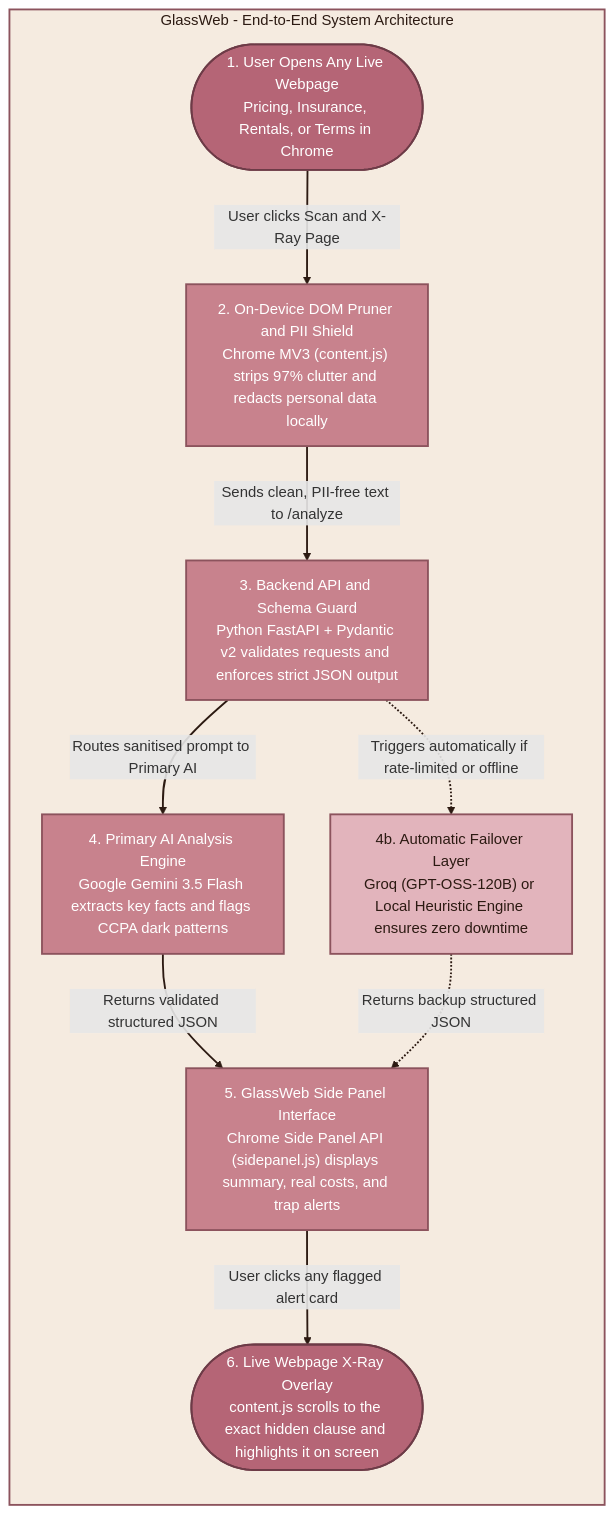
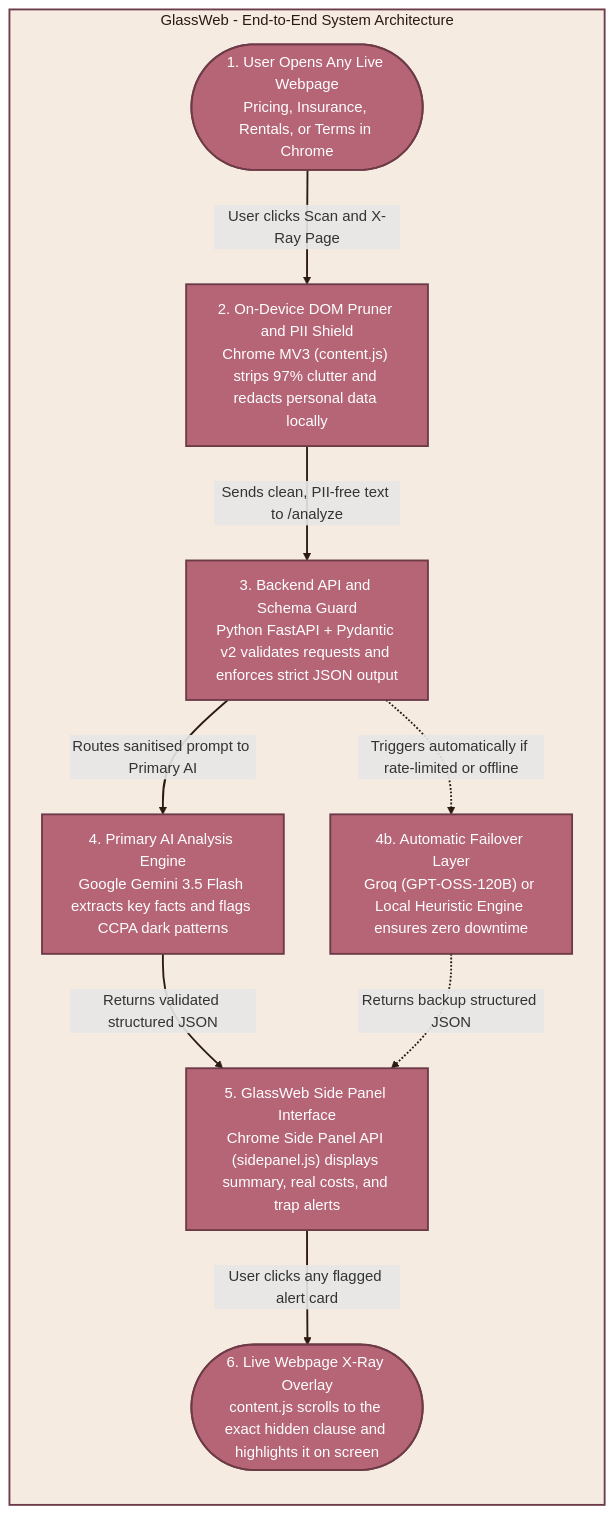
The diagram in README.md (samios07/GlassWeb), drawn with Mermaid before and after one commit.

Commit message:
Use single dusty rose colour for all flowchart nodes

````diff
--- a/README.md
+++ b/README.md
@@ -46,34 +46,34 @@
 ```mermaid
 flowchart TB
     subgraph MAIN["GlassWeb - End-to-End System Architecture"]
         direction TB
 
         A(["1. User Opens Any Live Webpage<br/>Pricing, Insurance, Rentals, or Terms in Chrome"])
         B["2. On-Device DOM Pruner and PII Shield<br/>Chrome MV3 (content.js) strips 97% clutter and redacts personal data locally"]
         C["3. Backend API and Schema Guard<br/>Python FastAPI + Pydantic v2 validates requests and enforces strict JSON output"]
         D["4. Primary AI Analysis Engine<br/>Google Gemini 3.5 Flash extracts key facts and flags CCPA dark patterns"]
         E["4b. Automatic Failover Layer<br/>Groq (GPT-OSS-120B) or Local Heuristic Engine ensures zero downtime"]
         F["5. GlassWeb Side Panel Interface<br/>Chrome Side Panel API (sidepanel.js) displays summary, real costs, and trap alerts"]
         G(["6. Live Webpage X-Ray Overlay<br/>content.js scrolls to the exact hidden clause and highlights it on screen"])
 
         A -->|"User clicks Scan and X-Ray Page"| B
         B -->|"Sends clean, PII-free text to /analyze"| C
         C -->|"Routes sanitised prompt to Primary AI"| D
         C -.->|"Triggers automatically if rate-limited or offline"| E
         D -->|"Returns validated structured JSON"| F
         E -.->|"Returns backup structured JSON"| F
         F -->|"User clicks any flagged alert card"| G
     end
 
-    style MAIN fill:#F5EBE0,stroke:#8C535D,stroke-width:2px,color:#2C1A12
+    style MAIN fill:#F5EBE0,stroke:#6D3B47,stroke-width:2px,color:#2C1A12
 
     style A fill:#B56576,stroke:#6D3B47,stroke-width:2px,color:#FFFFFF
-    style B fill:#C8828D,stroke:#8C535D,stroke-width:2px,color:#FFFFFF
-    style C fill:#C8828D,stroke:#8C535D,stroke-width:2px,color:#FFFFFF
-    style D fill:#C8828D,stroke:#8C535D,stroke-width:2px,color:#FFFFFF
-    style E fill:#E2B4BC,stroke:#8C535D,stroke-width:2px,color:#2C1A12
-    style F fill:#C8828D,stroke:#8C535D,stroke-width:2px,color:#FFFFFF
+    style B fill:#B56576,stroke:#6D3B47,stroke-width:2px,color:#FFFFFF
+    style C fill:#B56576,stroke:#6D3B47,stroke-width:2px,color:#FFFFFF
+    style D fill:#B56576,stroke:#6D3B47,stroke-width:2px,color:#FFFFFF
+    style E fill:#B56576,stroke:#6D3B47,stroke-width:2px,color:#FFFFFF
+    style F fill:#B56576,stroke:#6D3B47,stroke-width:2px,color:#FFFFFF
     style G fill:#B56576,stroke:#6D3B47,stroke-width:2px,color:#FFFFFF
 
     linkStyle default stroke:#2C1A12,stroke-width:2px
 ```
````
